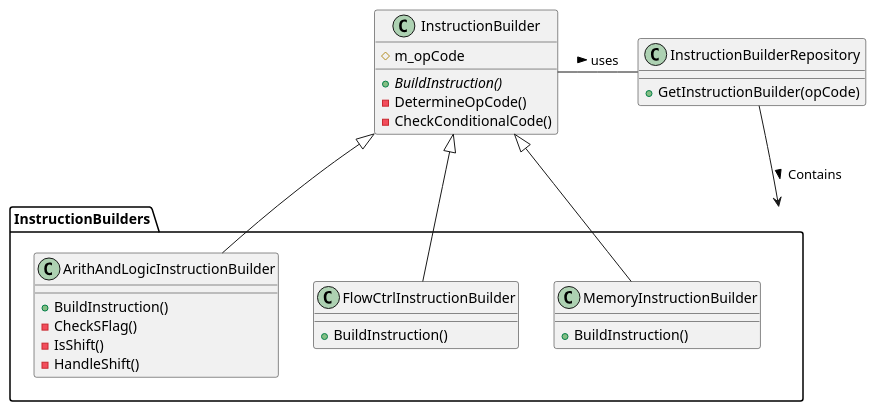
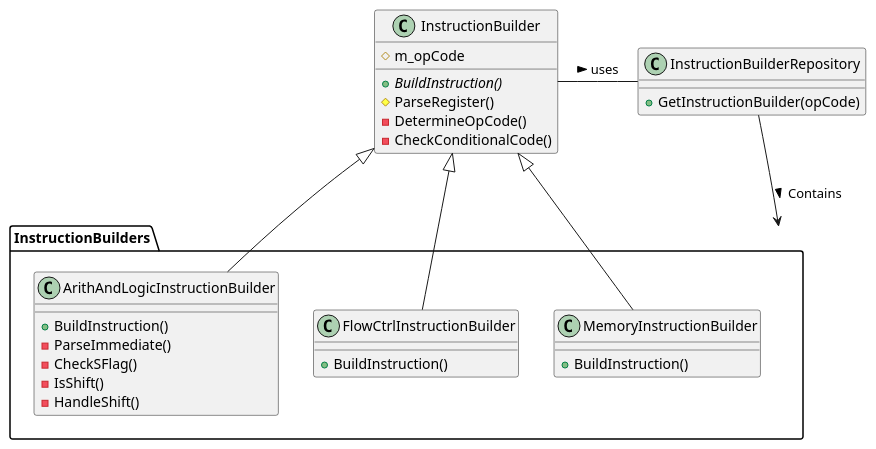
One commit to KaravolisL/ARM-ISA-Simulator changed the second of 3 diagrams in docs/Instruction_Execution.md. Above: the diagram before and after it, drawn with PlantUML. The commit also changed other lines of this file and 32 other files, not shown here.

````diff
--- a/docs/Instruction_Execution.md
+++ b/docs/Instruction_Execution.md
@@ -37,47 +37,49 @@
 ```plantuml
 @startuml
 
 class InstructionBuilder
 {
     {abstract} + BuildInstruction()
+    # ParseRegister()
     - DetermineOpCode()
     - CheckConditionalCode()
     # m_opCode
 }
 
 class InstructionBuilderRepository
 {
     + GetInstructionBuilder(opCode)
 }
 
 package InstructionBuilders
 {
 
 class ArithAndLogicInstructionBuilder
 {
     + BuildInstruction()
+    - ParseImmediate()
     - CheckSFlag()
     - IsShift()
     - HandleShift()
 }
 
 class FlowCtrlInstructionBuilder
 {
     + BuildInstruction()
 }
 
 class MemoryInstructionBuilder
 {
     + BuildInstruction()
 }
 }
 
 InstructionBuilder <|-- ArithAndLogicInstructionBuilder
 InstructionBuilder <|-- FlowCtrlInstructionBuilder
 InstructionBuilder <|-- MemoryInstructionBuilder
 InstructionBuilder - InstructionBuilderRepository : > uses
 InstructionBuilderRepository --> InstructionBuilders : > Contains
 
 
 @enduml
 ```
````
